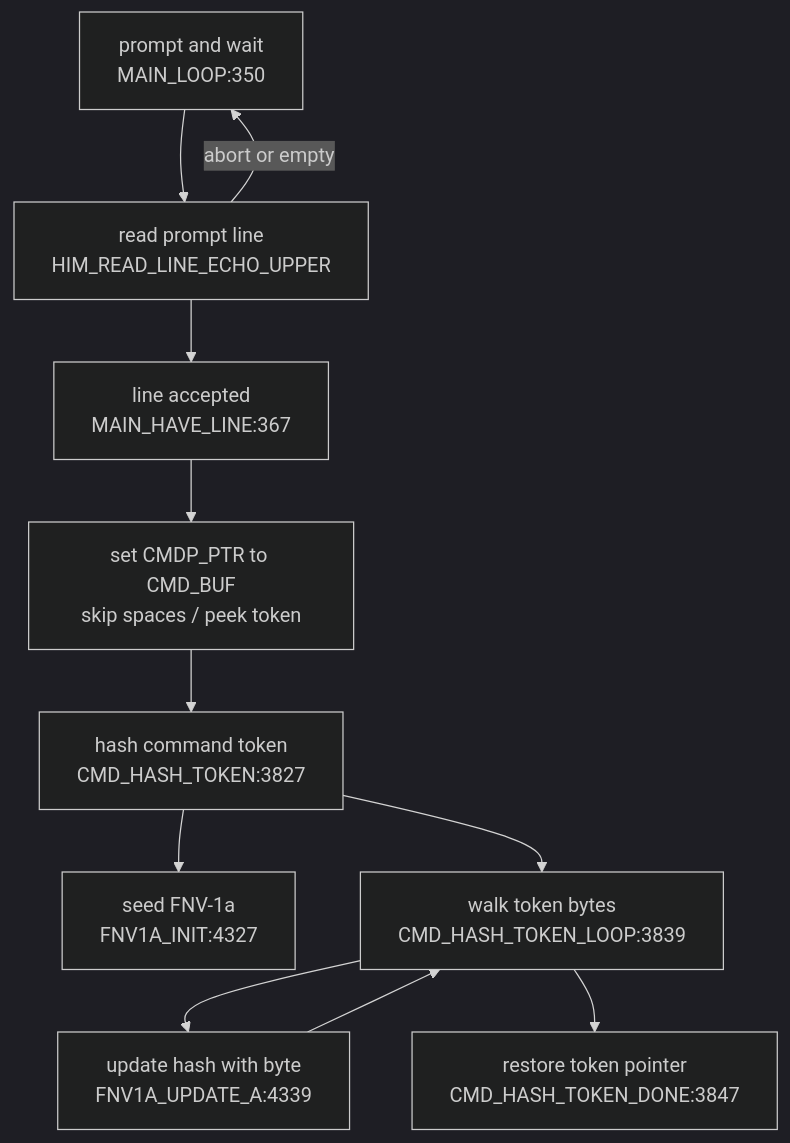
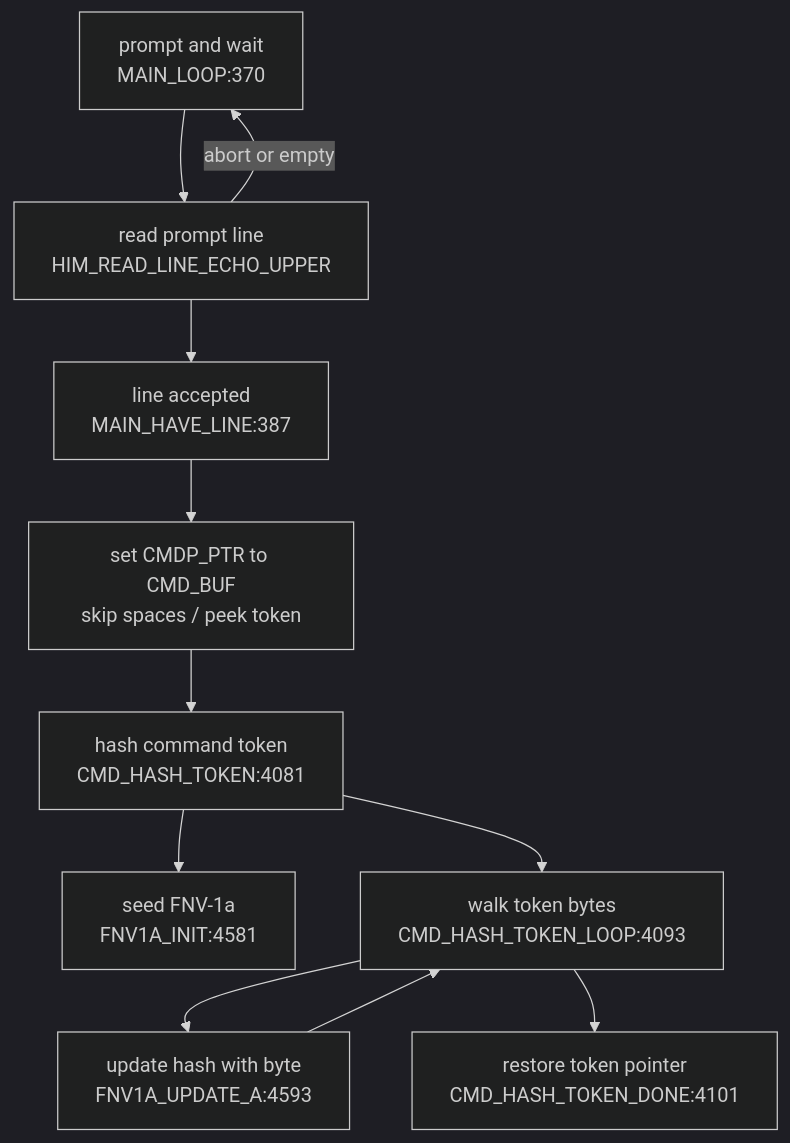
Before and after one commit to 95westus/R-YORS: the second of 4 diagrams in DOC/GENERATED/CMD_FLOW_MAP.md, drawn with Mermaid (dark theme). The commit also changed other lines of this file and 25 other files, not shown here.

````diff
--- a/DOC/GENERATED/CMD_FLOW_MAP.md
+++ b/DOC/GENERATED/CMD_FLOW_MAP.md
@@ -24,13 +24,13 @@
 ```mermaid
 flowchart TD
-    LOOP["prompt and wait<br/>MAIN_LOOP:350"] --> READ["read prompt line<br/>HIM_READ_LINE_ECHO_UPPER"]
-    READ --> HAVE["line accepted<br/>MAIN_HAVE_LINE:367"]
+    LOOP["prompt and wait<br/>MAIN_LOOP:370"] --> READ["read prompt line<br/>HIM_READ_LINE_ECHO_UPPER"]
+    READ --> HAVE["line accepted<br/>MAIN_HAVE_LINE:387"]
     READ -->|abort or empty| LOOP
     HAVE --> PREP["set CMDP_PTR to CMD_BUF<br/>skip spaces / peek token"]
-    PREP --> HASH["hash command token<br/>CMD_HASH_TOKEN:3827"]
-    HASH --> FNVINIT["seed FNV-1a<br/>FNV1A_INIT:4327"]
-    HASH --> HASHLOOP["walk token bytes<br/>CMD_HASH_TOKEN_LOOP:3839"]
-    HASHLOOP --> UPDATE["update hash with byte<br/>FNV1A_UPDATE_A:4339"]
+    PREP --> HASH["hash command token<br/>CMD_HASH_TOKEN:4081"]
+    HASH --> FNVINIT["seed FNV-1a<br/>FNV1A_INIT:4581"]
+    HASH --> HASHLOOP["walk token bytes<br/>CMD_HASH_TOKEN_LOOP:4093"]
+    HASHLOOP --> UPDATE["update hash with byte<br/>FNV1A_UPDATE_A:4593"]
     UPDATE --> HASHLOOP
-    HASHLOOP --> DONE["restore token pointer<br/>CMD_HASH_TOKEN_DONE:3847"]
+    HASHLOOP --> DONE["restore token pointer<br/>CMD_HASH_TOKEN_DONE:4101"]
 ```
````
